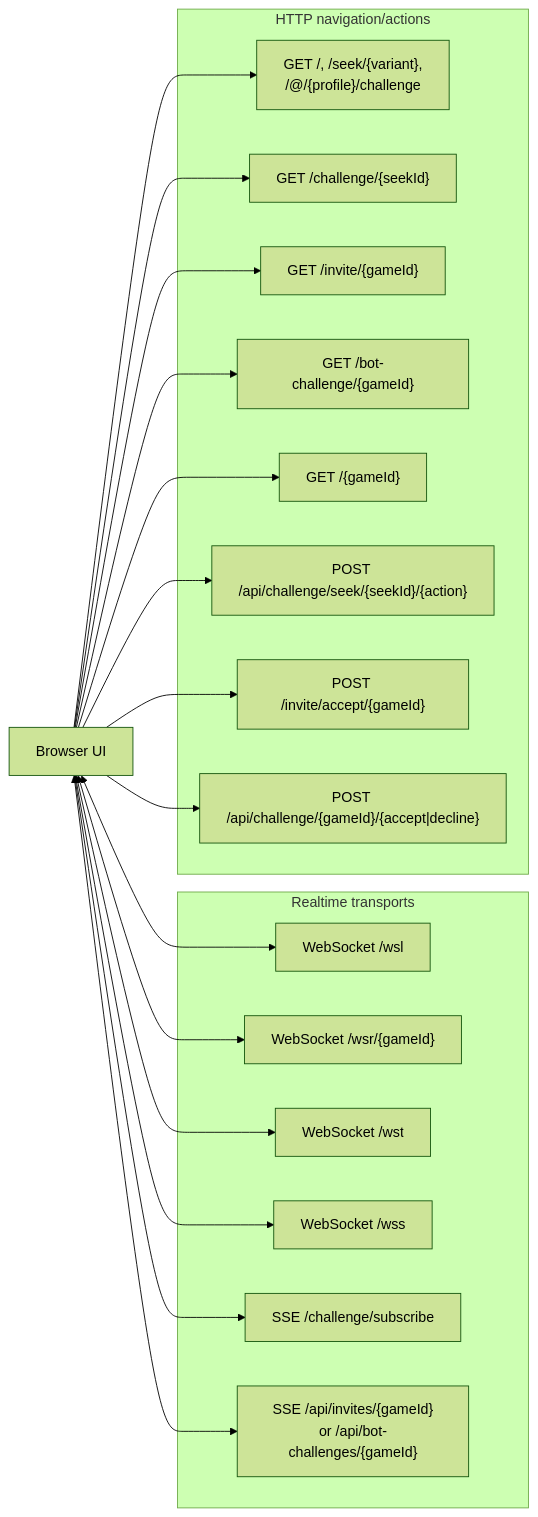
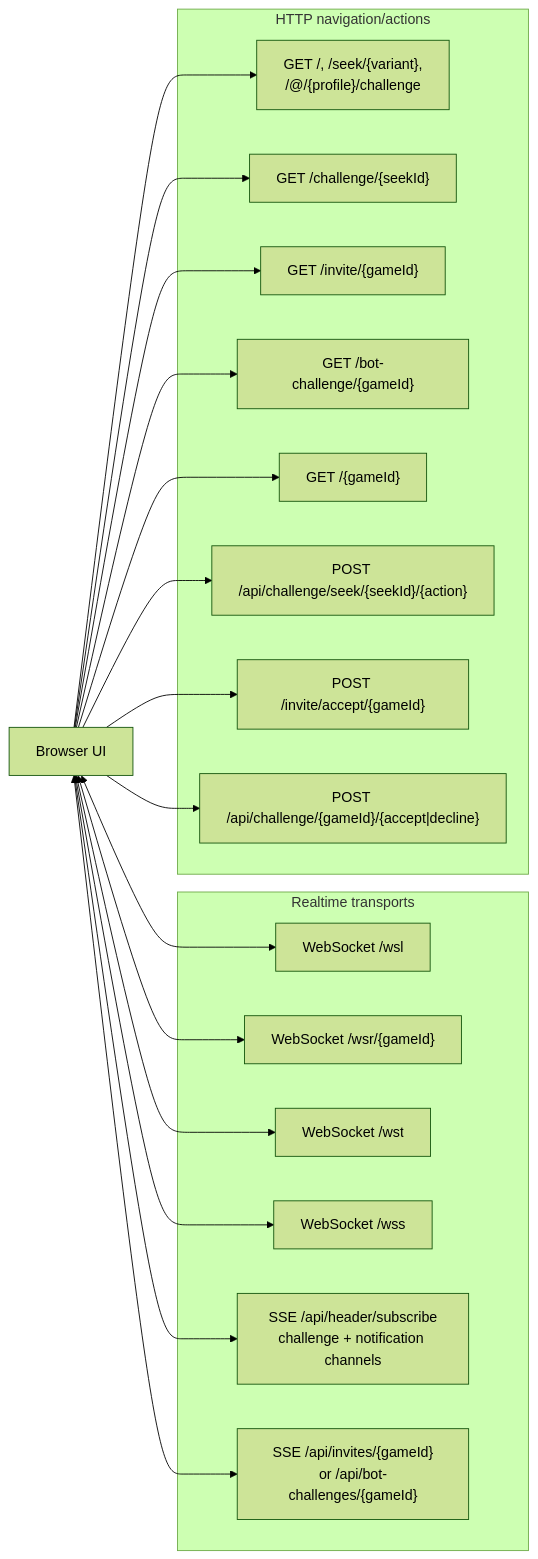
Before and after one commit to gbtami/pychess-variants: the first of 23 diagrams in docs/game-creation-flows.md, drawn with Mermaid (forest theme). The commit also changed other lines of this file and 23 other files, not shown here.

````diff
--- a/docs/game-creation-flows.md
+++ b/docs/game-creation-flows.md
@@ -33,39 +33,39 @@
 ```mermaid
 flowchart LR
     Browser["Browser UI"]
 
     subgraph Realtime["Realtime transports"]
         WSL["WebSocket /wsl"]
         WSR["WebSocket /wsr/{gameId}"]
         WST["WebSocket /wst"]
         WSS["WebSocket /wss"]
-        ChallengeSSE["SSE /challenge/subscribe"]
+        HeaderSSE["SSE /api/header/subscribe<br/>challenge + notification channels"]
         InviteSSE["SSE /api/invites/{gameId}<br/>or /api/bot-challenges/{gameId}"]
     end
 
     subgraph HTTP["HTTP navigation/actions"]
         LobbyPage["GET /, /seek/{variant},<br/>/@/{profile}/challenge"]
         ChallengePage["GET /challenge/{seekId}"]
         InvitePage["GET /invite/{gameId}"]
         BotPage["GET /bot-challenge/{gameId}"]
         RoundPage["GET /{gameId}"]
         ChallengeActions["POST /api/challenge/seek/{seekId}/{action}"]
         InviteAccept["POST /invite/accept/{gameId}"]
         BotActions["POST /api/challenge/{gameId}/{accept|decline}"]
     end
 
     Browser --> LobbyPage
     Browser <--> WSL
     Browser --> ChallengePage
-    Browser <--> ChallengeSSE
+    Browser <--> HeaderSSE
     Browser --> ChallengeActions
     Browser --> InvitePage
     Browser <--> InviteSSE
     Browser --> InviteAccept
     Browser --> BotPage
     Browser --> BotActions
     Browser --> RoundPage
     Browser <--> WSR
     Browser <--> WST
     Browser <--> WSS
 ```
````
